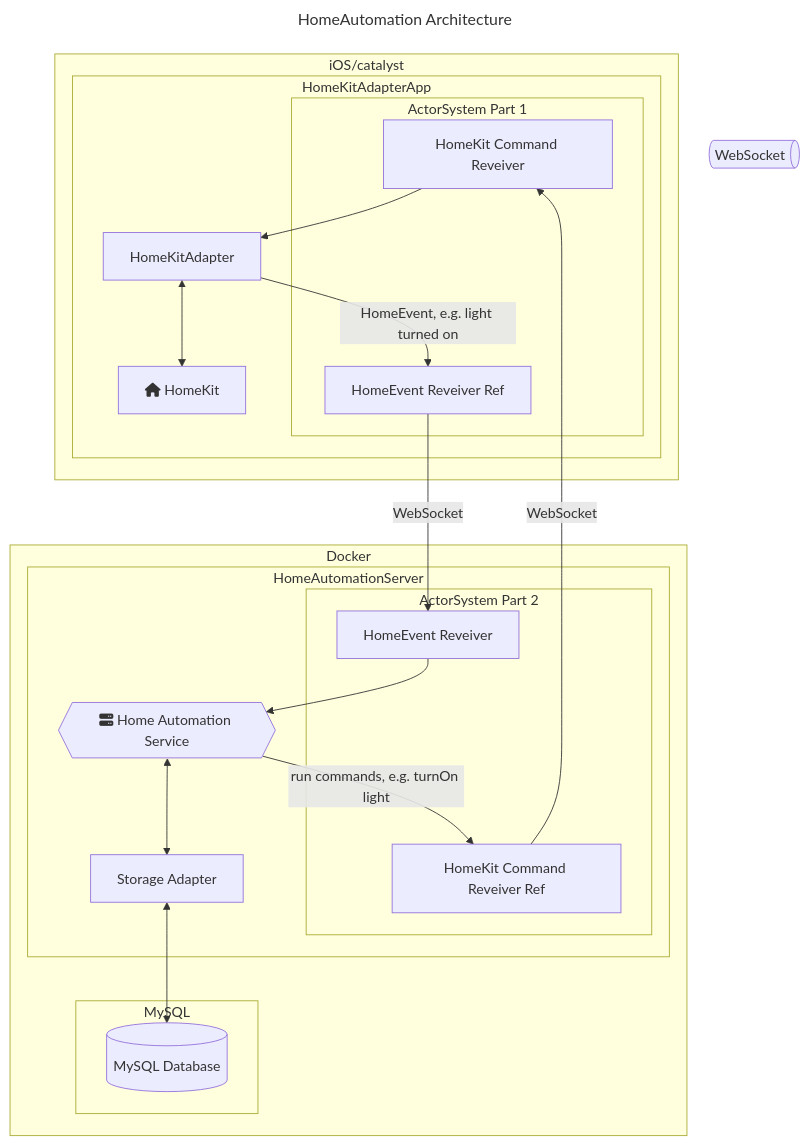
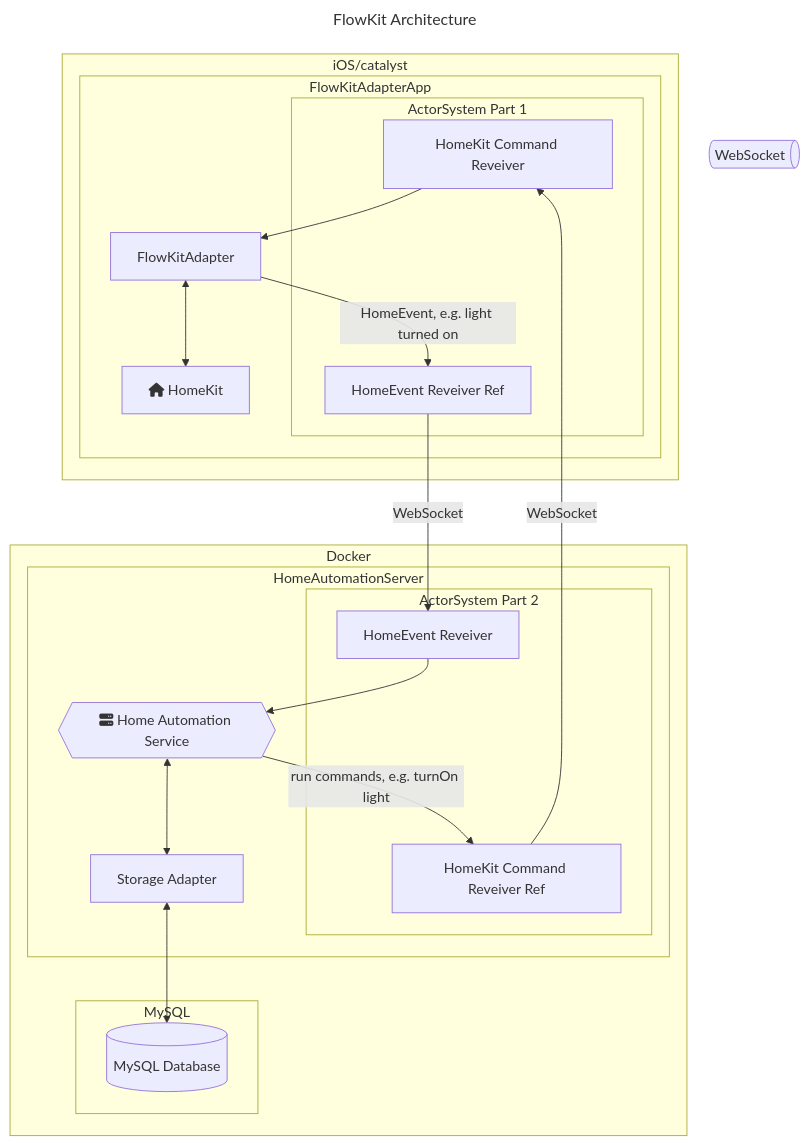
The diagram in README.md (JulianKahnert/HomeAutomation), drawn with Mermaid before and after one commit. The commit also changed other lines of this file and 2 other files, not shown here.

Commit message:
maintenance stuff

````diff
--- a/README.md
+++ b/README.md
@@ -14,45 +14,45 @@
 ```mermaid
 ---
-title: HomeAutomation Architecture
+title: FlowKit Architecture
 ---
 
 flowchart TB
     subgraph iOS/catalyst
-        subgraph HomeKitAdapterApp
+        subgraph FlowKitAdapterApp
             subgraph ActorSystem Part 1
                 HomeKitCommandReceiver[HomeKit Command Reveiver]
                 HomeEventReceiverRef[HomeEvent Reveiver Ref]
             end
             HomeKit[fa:fa-home HomeKit]
-            HomeKitAdapter
+            FlowKitAdapter
         end
     end
 
     WebSocket@{ shape: das, label: "WebSocket" }
 
     subgraph Docker
     subgraph HomeAutomationServer
          subgraph ActorSystem Part 2
                 HomeKitCommandReceiverRef[HomeKit Command Reveiver Ref]
                 HomeEventReceiver[HomeEvent Reveiver]
             end
         HomeAutomationService{{fa:fa-server Home Automation Service}}
         StorageAdapter[Storage Adapter]
     end
     subgraph MySQL
         MySQLDB[(MySQL Database)]
     end
     end
 
     HomeAutomationService -->|run commands, e.g. turnOn light| HomeKitCommandReceiverRef
     HomeKitCommandReceiverRef -->|WebSocket| HomeKitCommandReceiver
-    HomeKitCommandReceiver -->HomeKitAdapter
+    HomeKitCommandReceiver -->FlowKitAdapter
 
-    HomeKitAdapter -->|HomeEvent, e.g. light turned on| HomeEventReceiverRef
+    FlowKitAdapter -->|HomeEvent, e.g. light turned on| HomeEventReceiverRef
     HomeEventReceiverRef -->|WebSocket| HomeEventReceiver
     HomeEventReceiver --> HomeAutomationService
-    HomeKitAdapter <--> HomeKit
+    FlowKitAdapter <--> HomeKit
     HomeAutomationService <--> StorageAdapter
 
     StorageAdapter <--> MySQLDB
 ```
````
